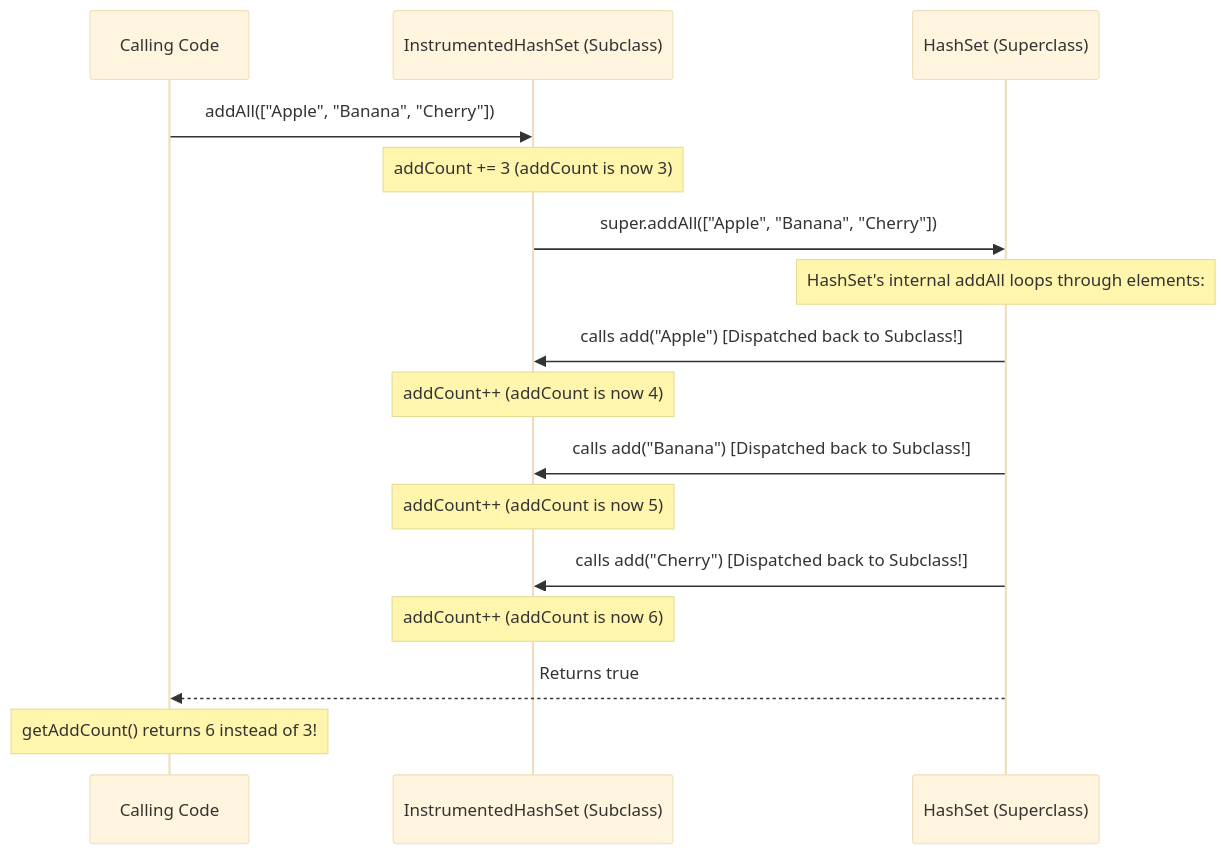
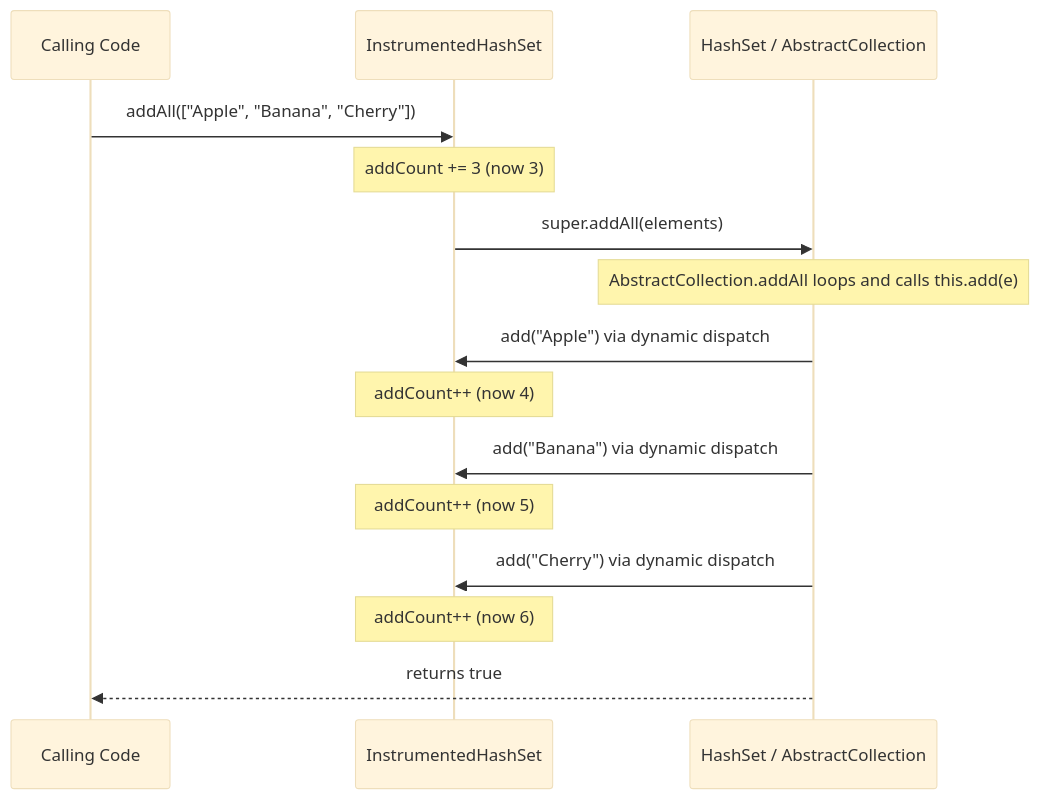
One commit to ravishankar2463/java_hub changed the second of 4 diagrams in content/roadmap/level-1/composition-over-inheritance.md. Above: the diagram before and after it, drawn with Mermaid (base theme). The commit also changed other lines of this file and 119 other files, not shown here.

Commit message:
feat: add comprehensive java learning roadmap content across multiple levels

````diff
--- a/content/roadmap/level-1/composition-over-inheritance.md
+++ b/content/roadmap/level-1/composition-over-inheritance.md
@@ -153,19 +131,18 @@
 ```mermaid
 sequenceDiagram
     participant Caller as Calling Code
-    participant Sub as InstrumentedHashSet (Subclass)
-    participant Super as HashSet (Superclass)
+    participant Sub as InstrumentedHashSet
+    participant Super as HashSet / AbstractCollection
 
     Caller->>Sub: addAll(["Apple", "Banana", "Cherry"])
-    Note over Sub: addCount += 3 (addCount is now 3)
-    Sub->>Super: super.addAll(["Apple", "Banana", "Cherry"])
-    Note over Super: HashSet's internal addAll loops through elements:
-    Super->>Sub: calls add("Apple") [Dispatched back to Subclass!]
-    Note over Sub: addCount++ (addCount is now 4)
-    Super->>Sub: calls add("Banana") [Dispatched back to Subclass!]
-    Note over Sub: addCount++ (addCount is now 5)
-    Super->>Sub: calls add("Cherry") [Dispatched back to Subclass!]
-    Note over Sub: addCount++ (addCount is now 6)
-    Super-->>Caller: Returns true
-    Note over Caller: getAddCount() returns 6 instead of 3!
+    Note over Sub: addCount += 3 (now 3)
+    Sub->>Super: super.addAll(elements)
+    Note over Super: AbstractCollection.addAll loops and calls this.add(e)
+    Super->>Sub: add("Apple") via dynamic dispatch
+    Note over Sub: addCount++ (now 4)
+    Super->>Sub: add("Banana") via dynamic dispatch
+    Note over Sub: addCount++ (now 5)
+    Super->>Sub: add("Cherry") via dynamic dispatch
+    Note over Sub: addCount++ (now 6)
+    Super-->>Caller: returns true
 ```
````
